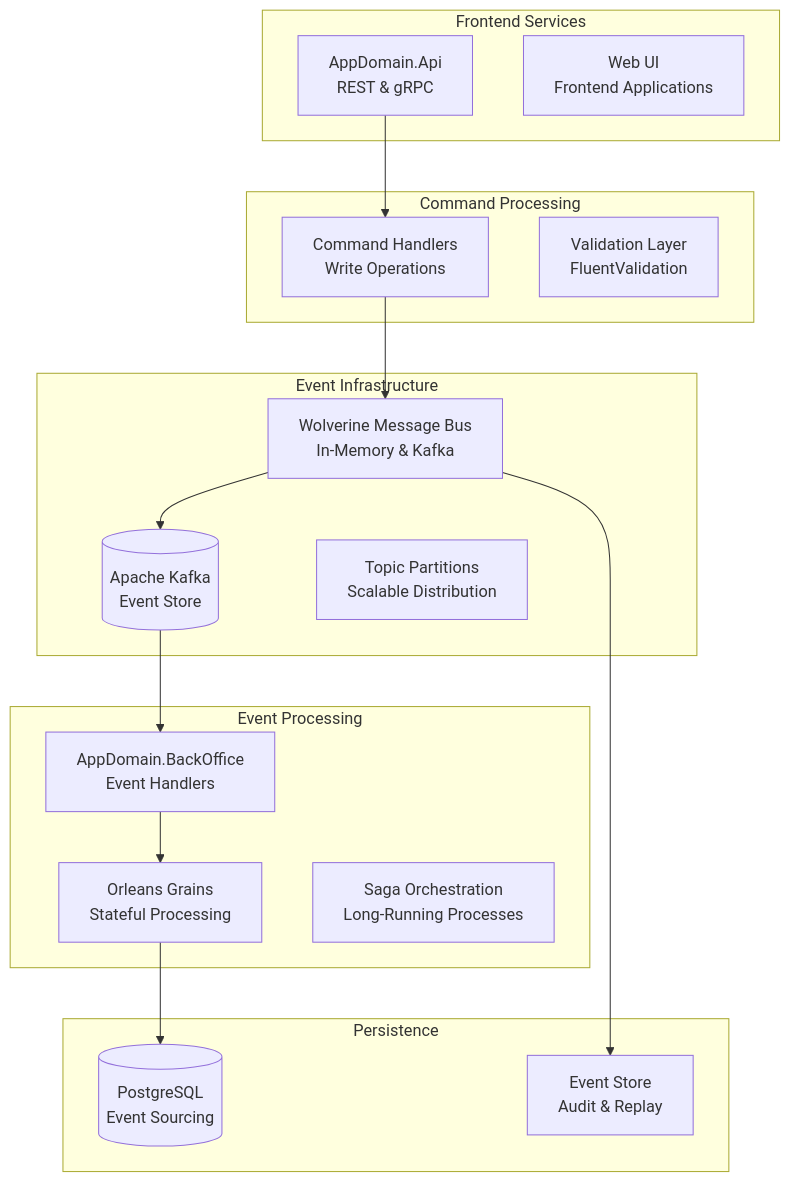
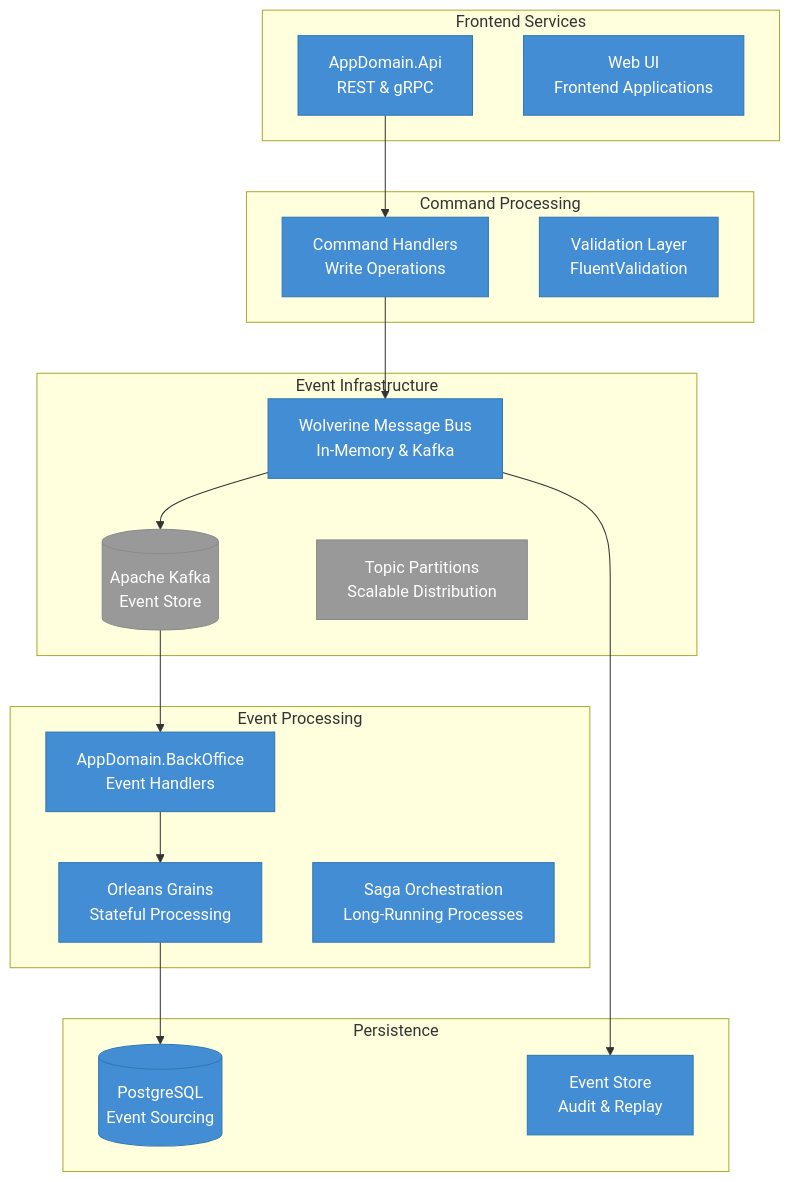
Before and after one commit to vgmello/momentum: the diagram in docs/arch/events.md, drawn with Mermaid. The commit also changed other lines of this file and 6 other files, not shown here.

First line of the commit message:
Add neo mermaid look and C4-style actor colors to arch diagrams

````diff
--- a/docs/arch/events.md
+++ b/docs/arch/events.md
@@ -13,37 +13,43 @@
 ```mermaid
 graph TB
     subgraph "Frontend Services"
         API[AppDomain.Api<br/>REST & gRPC]
         WebUI[Web UI<br/>Frontend Applications]
     end
 
     subgraph "Command Processing"
         Commands[Command Handlers<br/>Write Operations]
         Validation[Validation Layer<br/>FluentValidation]
     end
 
     subgraph "Event Infrastructure"
         EventBus[Wolverine Message Bus<br/>In-Memory & Kafka]
         Kafka[(Apache Kafka<br/>Event Store)]
         Topics[Topic Partitions<br/>Scalable Distribution]
     end
 
     subgraph "Event Processing"
         BackOffice[AppDomain.BackOffice<br/>Event Handlers]
         Orleans[Orleans Grains<br/>Stateful Processing]
         Saga[Saga Orchestration<br/>Long-Running Processes]
     end
 
     subgraph "Persistence"
         Database[(PostgreSQL<br/>Event Sourcing)]
         EventStore[Event Store<br/>Audit & Replay]
     end
 
     API --> Commands
     Commands --> EventBus
     EventBus --> Kafka
     Kafka --> BackOffice
     BackOffice --> Orleans
     Orleans --> Database
     EventBus --> EventStore
+
+    classDef container fill:#438dd5,stroke:#3079b0,color:#ffffff
+    classDef external fill:#999999,stroke:#8a8a8a,color:#ffffff
+
+    class API,WebUI,Commands,Validation,EventBus,BackOffice,Orleans,Saga,Database,EventStore container
+    class Kafka,Topics external
 ```
````
